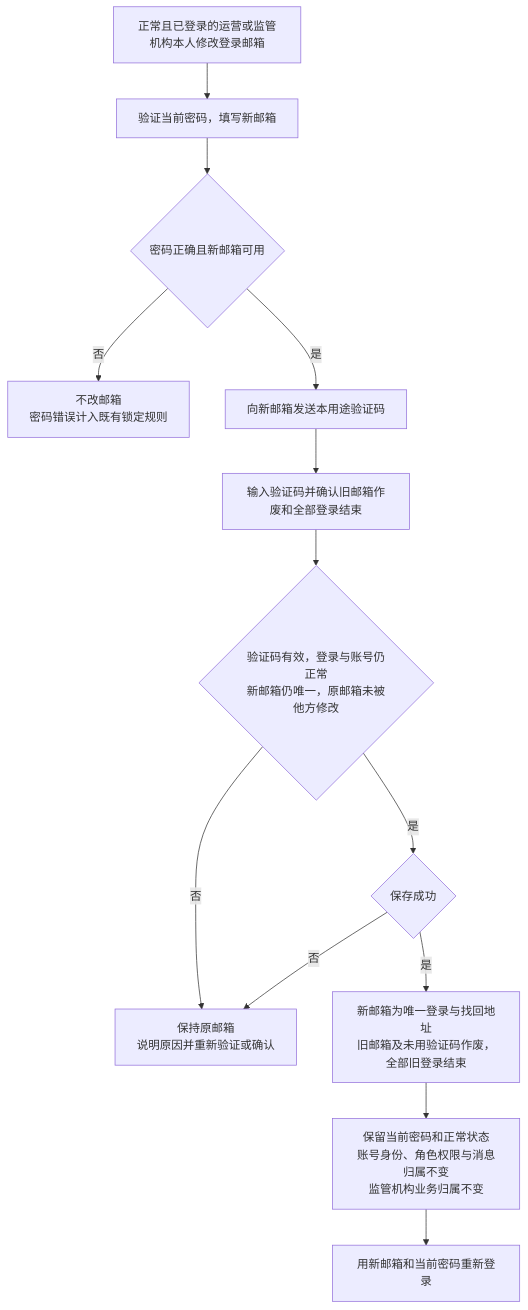
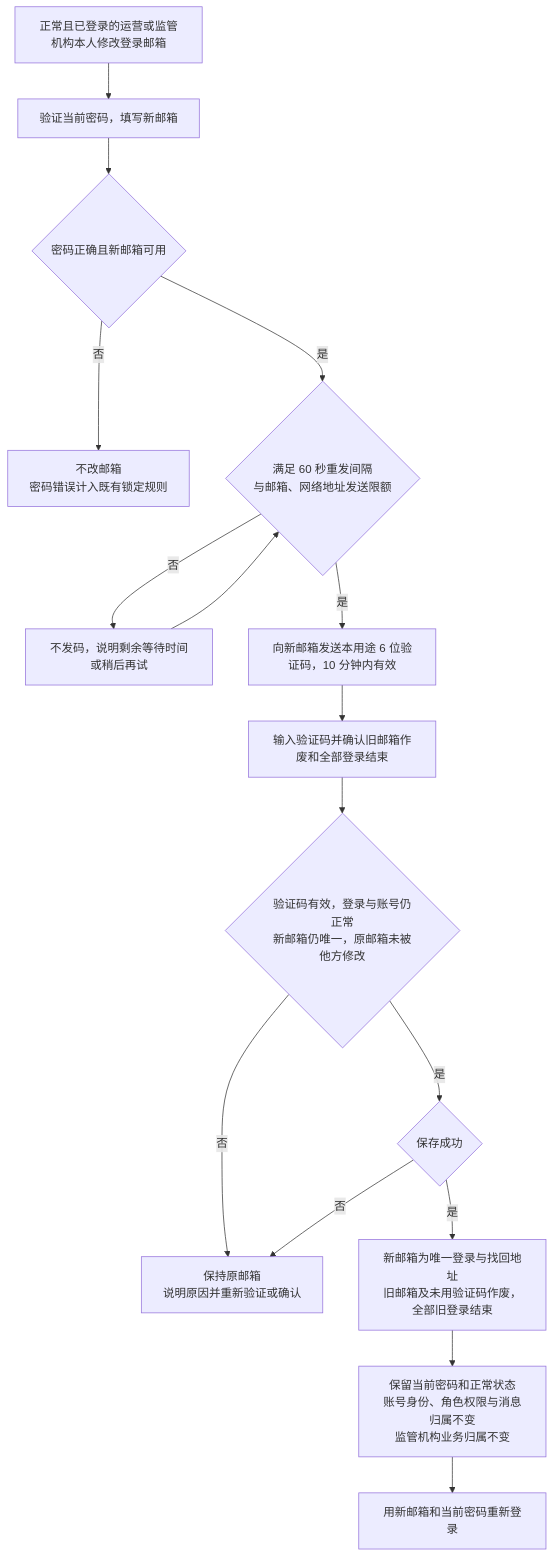
One commit to wxblockchain/Chain-Financing changed the seventh of 8 diagrams in token-issuance-platform/PRD/管理端/M5-管理端登录与权限/02-管理端登录与权限-流程图与状态机.md. Above: the diagram before and after it, drawn with Mermaid. The commit also changed other lines of this file and 3 other files, not shown here.

````diff
--- a/token-issuance-platform/PRD/管理端/M5-管理端登录与权限/02-管理端登录与权限-流程图与状态机.md
+++ b/token-issuance-platform/PRD/管理端/M5-管理端登录与权限/02-管理端登录与权限-流程图与状态机.md
@@ -152,15 +155,18 @@
 ```mermaid
 flowchart TD
     A[正常且已登录的运营或监管机构本人修改登录邮箱] --> B[验证当前密码，填写新邮箱]
     B --> C{密码正确且新邮箱可用}
     C -->|否| D[不改邮箱<br/>密码错误计入既有锁定规则]
-    C -->|是| E[向新邮箱发送本用途验证码]
+    C -->|是| E0{满足 60 秒重发间隔<br/>与邮箱、网络地址发送限额}
+    E0 -->|否| E1[不发码，说明剩余等待时间或稍后再试]
+    E1 --> E0
+    E0 -->|是| E[向新邮箱发送本用途 6 位验证码，10 分钟内有效]
     E --> F[输入验证码并确认旧邮箱作废和全部登录结束]
     F --> G{验证码有效，登录与账号仍正常<br/>新邮箱仍唯一，原邮箱未被他方修改}
     G -->|否| H[保持原邮箱<br/>说明原因并重新验证或确认]
     G -->|是| I{保存成功}
     I -->|否| H
     I -->|是| J[新邮箱为唯一登录与找回地址<br/>旧邮箱及未用验证码作废，全部旧登录结束]
     J --> K[保留当前密码和正常状态<br/>账号身份、角色权限与消息归属不变<br/>监管机构业务归属不变]
     K --> L[用新邮箱和当前密码重新登录]
 ```
````
